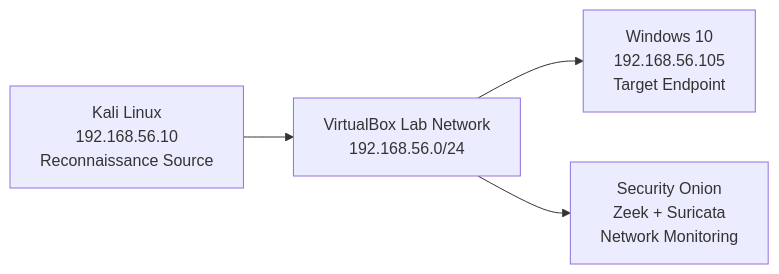
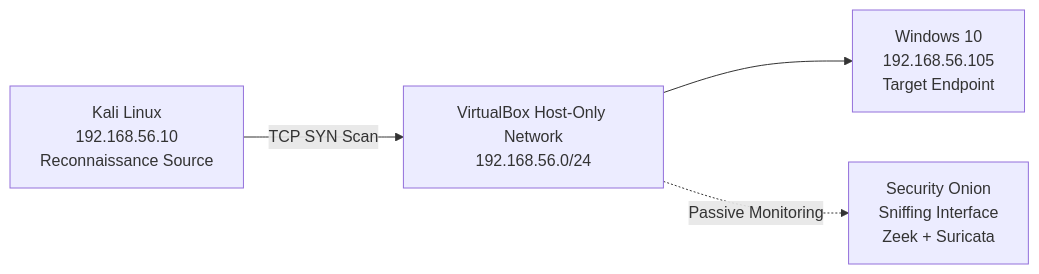
Before and after one commit to Pedro-Fontao/internal-reconnaissance-detection: the diagram in README.md, drawn with Mermaid.

Commit message:
Correct network topology diagram

````diff
--- a/README.md
+++ b/README.md
@@ -22,11 +22,11 @@
 ```mermaid
 flowchart LR
-K["Kali Linux<br/>192.168.56.10<br/>Reconnaissance Source"]
-N["VirtualBox Lab Network<br/>192.168.56.0/24"]
-W["Windows 10<br/>192.168.56.105<br/>Target Endpoint"]
-S["Security Onion<br/>Zeek + Suricata<br/>Network Monitoring"]
+    K["Kali Linux<br/>192.168.56.10<br/>Reconnaissance Source"]
+    N["VirtualBox Host-Only Network<br/>192.168.56.0/24"]
+    W["Windows 10<br/>192.168.56.105<br/>Target Endpoint"]
+    S["Security Onion<br/>Sniffing Interface<br/>Zeek + Suricata"]
 
-K --> N
-N --> W
-N --> S
+    K -->|TCP SYN Scan| N
+    N --> W
+    N -.->|Passive Monitoring| S
 ```
````
